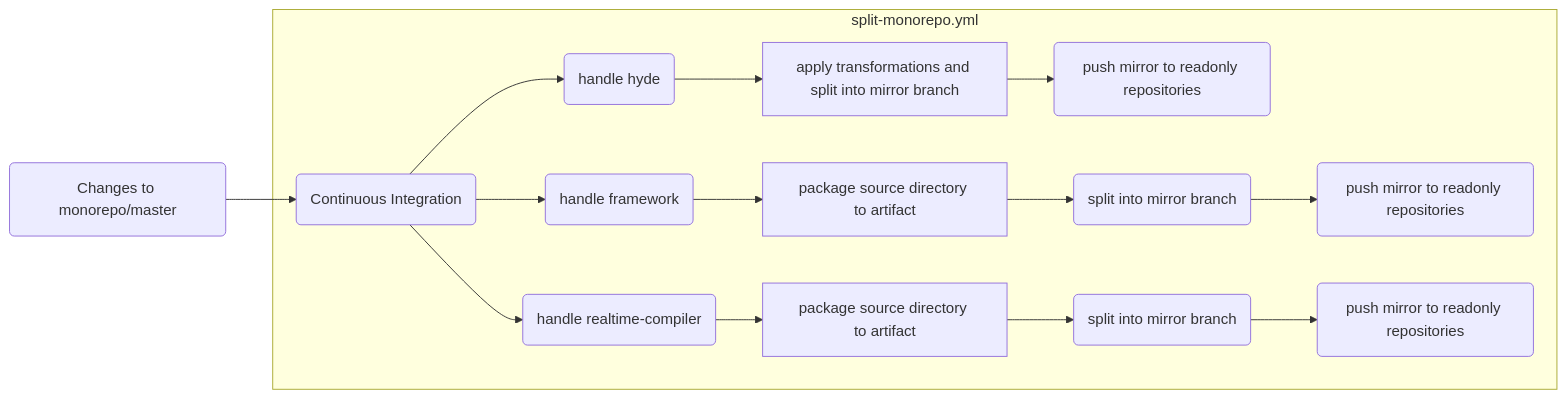
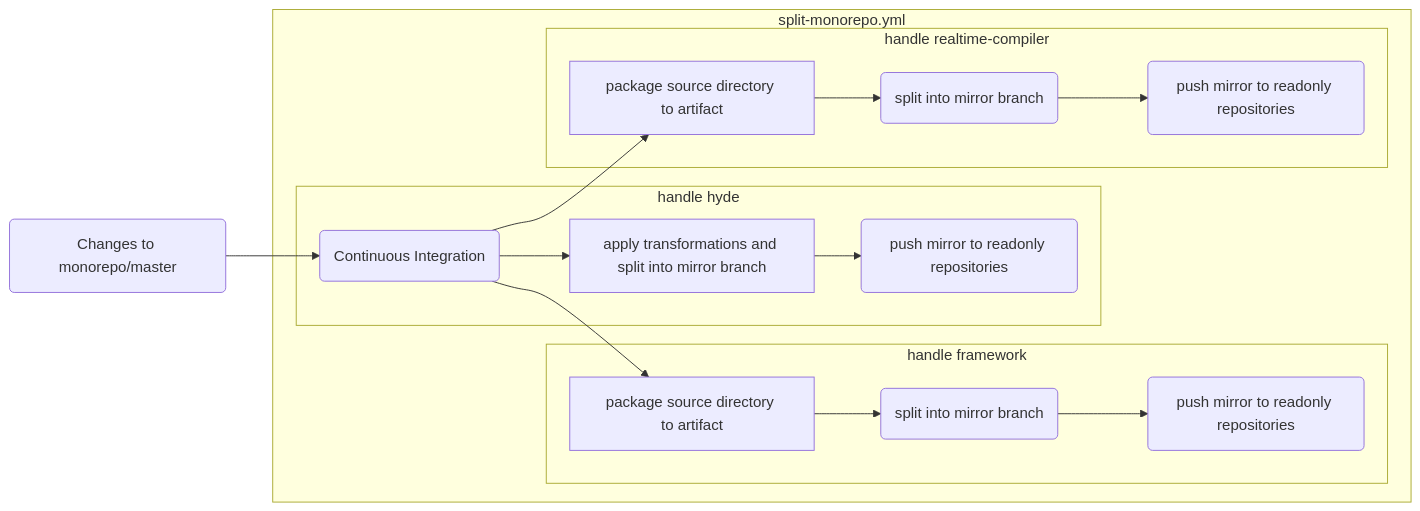
One commit to hydephp/develop changed the diagram in docs/internal/monorepo.md. Above: the diagram before and after it, drawn with Mermaid.

Commit message:
Sort graph into subgraphs

````diff
--- a/docs/internal/monorepo.md
+++ b/docs/internal/monorepo.md
@@ -3,10 +3,16 @@
 ```mermaid
 flowchart LR
     p(Changes to monorepo/master) --> ci(Continuous Integration)
    
-    subgraph split-monorepo.yml 
-        ci --> hhd(handle hyde) --> shd[apply transformations and split into mirror branch] --> dhd(push mirror to readonly repositories)
-        ci --> hfr(handle framework)          --> pfr[package source directory to artifact] --> sfr(split into mirror branch) --> dfr(push mirror to readonly repositories)
-        ci --> hrc(handle realtime-compiler)  --> prc[package source directory to artifact] --> src(split into mirror branch) --> drc(push mirror to readonly repositories)
+    subgraph split-monorepo.yml
+        subgraph handle hyde
+            ci --> shd[apply transformations and split into mirror branch] --> dhd(push mirror to readonly repositories)
+        end 
+        subgraph handle framework
+            ci --> pfr[package source directory to artifact] --> sfr(split into mirror branch) --> dfr(push mirror to readonly repositories)
+        end
+        subgraph handle realtime-compiler
+            ci --> prc[package source directory to artifact] --> src(split into mirror branch) --> drc(push mirror to readonly repositories)
+        end
     end
 ```
````
